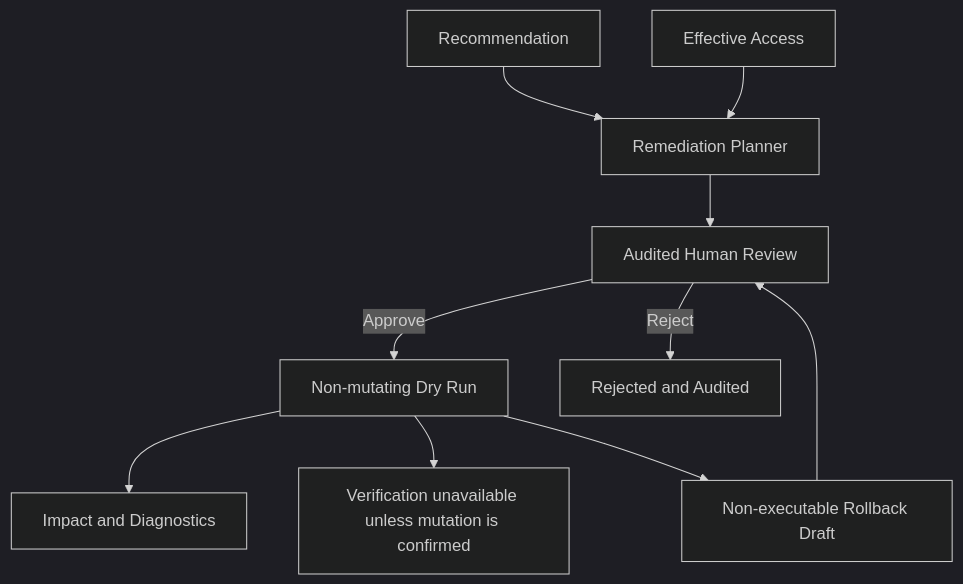
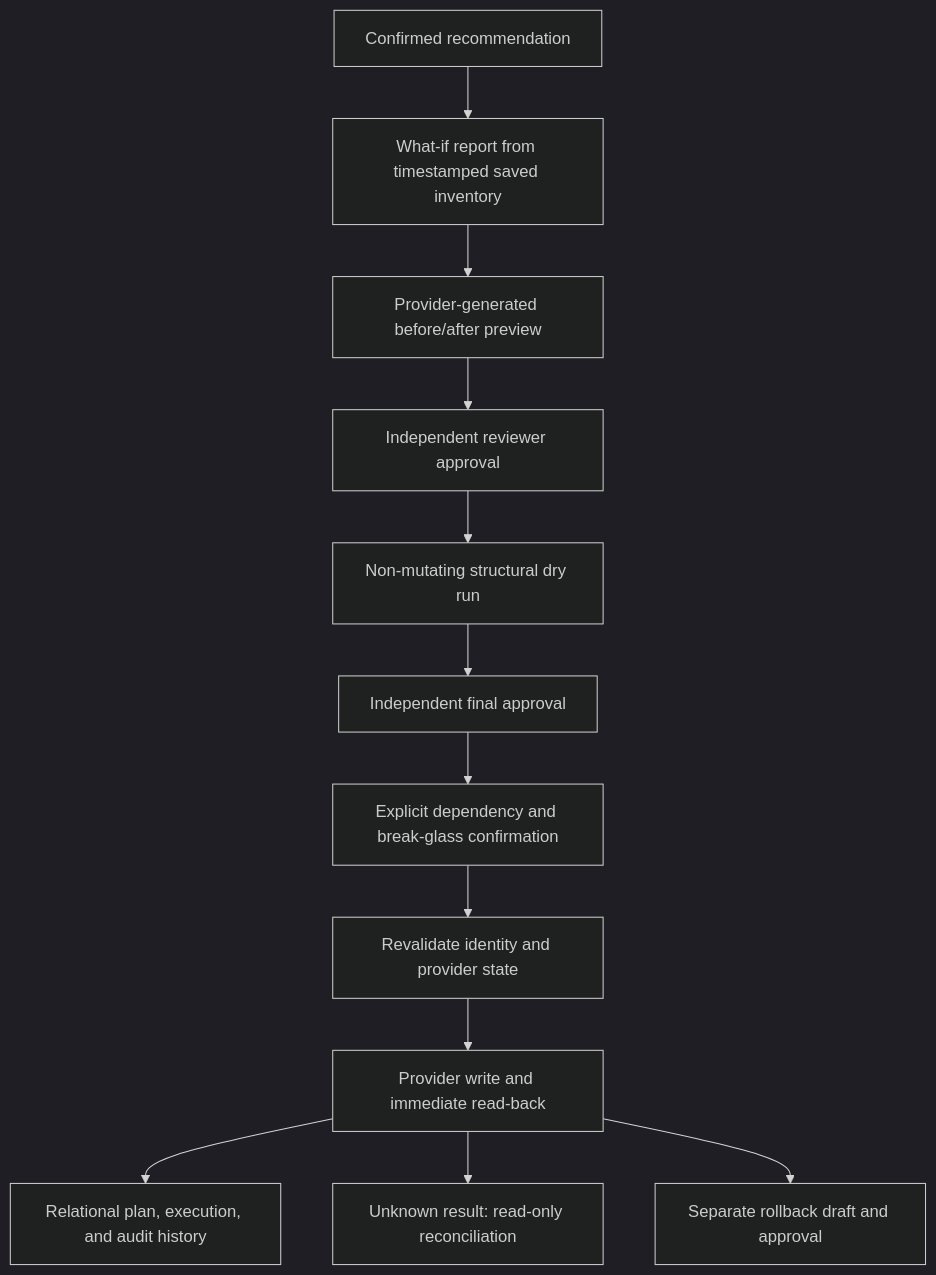
The diagram in docs/architecture/remediation-planning.md (Sharma18Kamal/yaskciem), drawn with Mermaid (dark theme) before and after one commit. The commit also changed other lines of this file and 61 other files, not shown here.

````diff
--- a/docs/architecture/remediation-planning.md
+++ b/docs/architecture/remediation-planning.md
@@ -7,12 +5,14 @@
 ```mermaid
 flowchart TD
-    R[Recommendation] --> P[Remediation Planner]
-    E[Effective Access] --> P
-    P --> H[Audited Human Review]
-    H -->|Approve| D[Non-mutating Dry Run]
-    H -->|Reject| X[Rejected and Audited]
-    D --> I[Impact and Diagnostics]
-    D --> V[Verification unavailable unless mutation is confirmed]
-    D --> Rb[Non-executable Rollback Draft]
-    Rb --> H
+    R[Confirmed recommendation] --> W[What-if report from timestamped saved inventory]
+    W --> P[Provider-generated before/after preview]
+    P --> A[Independent reviewer approval]
+    A --> D[Non-mutating structural dry run]
+    D --> F[Independent final approval]
+    F --> C[Explicit dependency and break-glass confirmation]
+    C --> V[Revalidate identity and provider state]
+    V --> X[Provider write and immediate read-back]
+    X --> H[Relational plan, execution, and audit history]
+    X --> U[Unknown result: read-only reconciliation]
+    X --> B[Separate rollback draft and approval]
 ```
````
